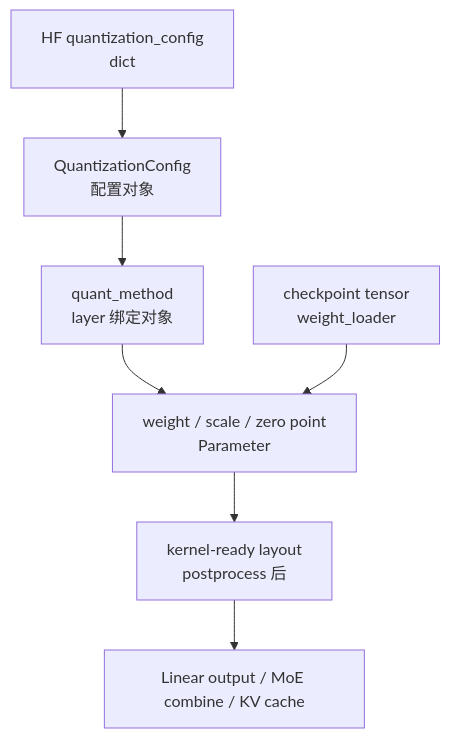
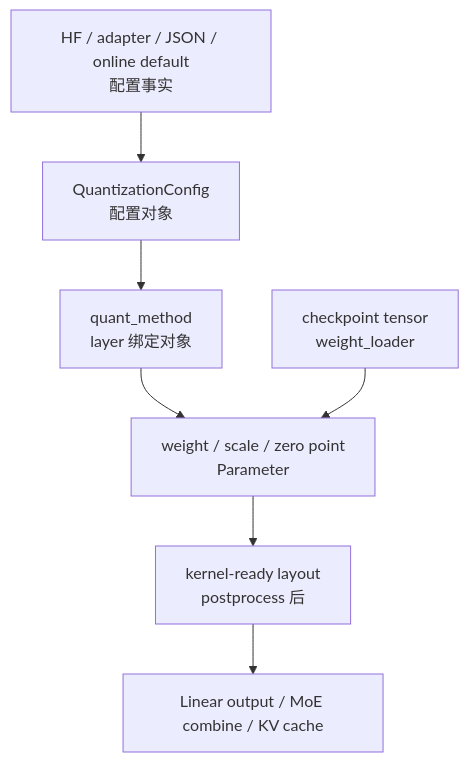
The first of 2 diagrams in sglang_reading/内存与Attention/Quantization/SGLang-Quantization-数据流.md (OnlyHero5/sglang-reading-vault), drawn with Mermaid before and after one commit. The commit also changed other lines of this file and 512 other files, not shown here.

````diff
--- a/sglang_reading/内存与Attention/Quantization/SGLang-Quantization-数据流.md
+++ b/sglang_reading/内存与Attention/Quantization/SGLang-Quantization-数据流.md
@@ -24,13 +24,13 @@
 ```mermaid
 flowchart TD
-    HF["HF quantization_config<br/>dict"]
+    HF["HF / adapter / JSON / online default<br/>配置事实"]
     QC["QuantizationConfig<br/>配置对象"]
     Method["quant_method<br/>layer 绑定对象"]
     Param["weight / scale / zero point<br/>Parameter"]
     Tensor["checkpoint tensor<br/>weight_loader"]
     Ready["kernel-ready layout<br/>postprocess 后"]
     Consume["Linear output / MoE combine / KV cache"]
 
     HF --> QC --> Method --> Param
     Tensor --> Param --> Ready --> Consume
 ```
````
